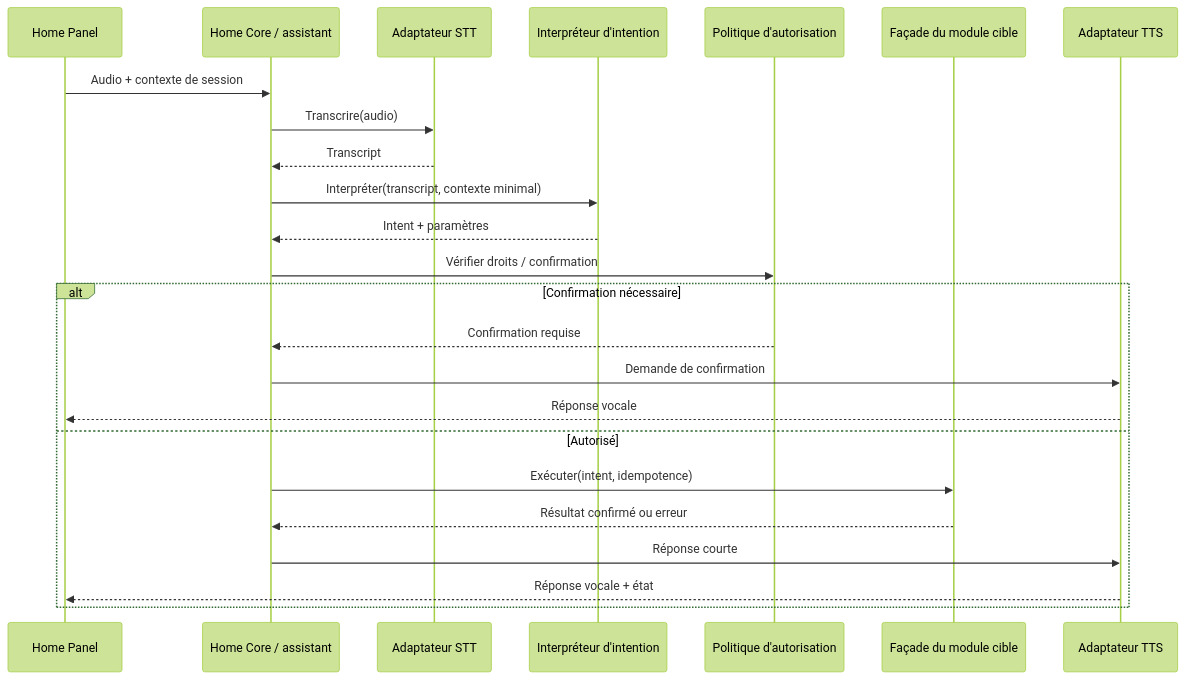
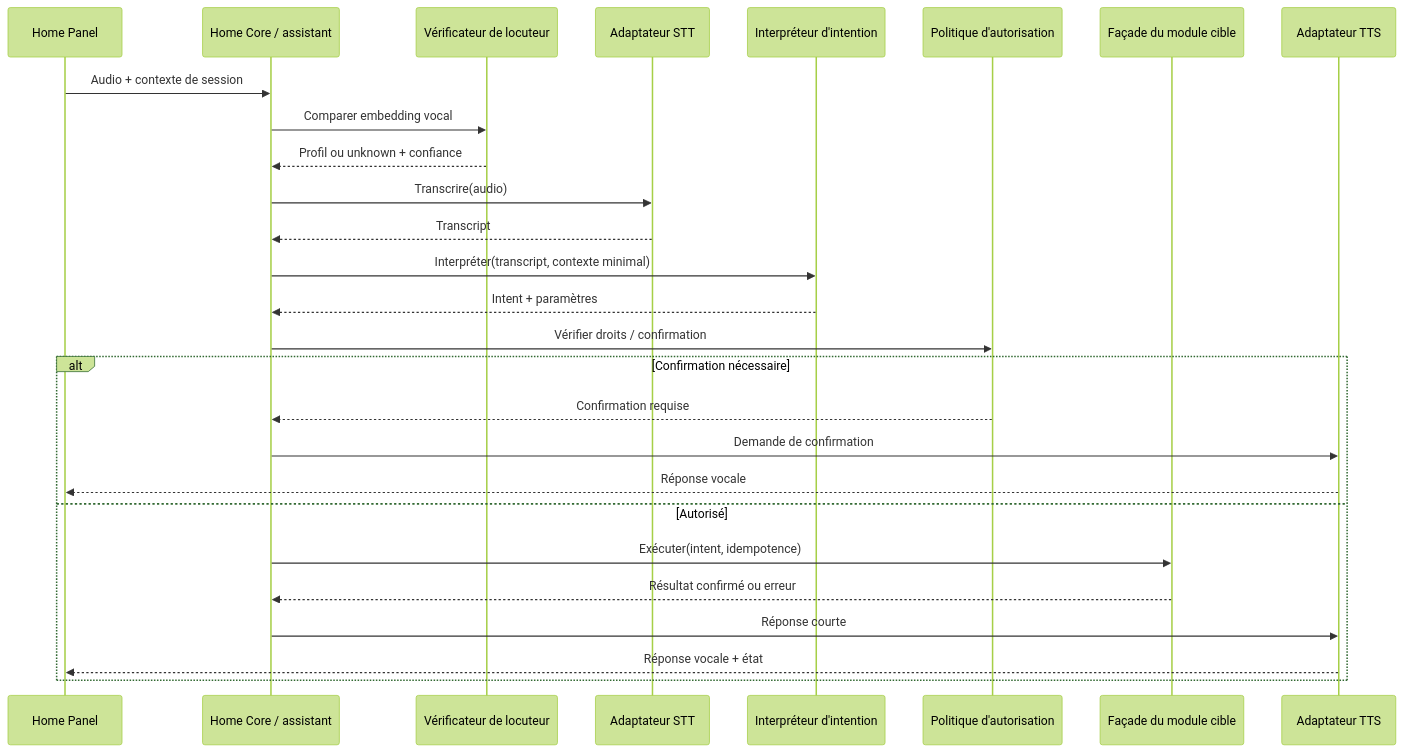
The diagram in poles/technique/home-core/diagrammes/sequence-assistant-vocal-outil.mmd (clementortiz134595/HOME-AI), drawn with Mermaid (forest theme) before and after one commit. The commit also changed 3 other files, not shown here.

```diff
--- a/poles/technique/home-core/diagrammes/sequence-assistant-vocal-outil.mmd
+++ b/poles/technique/home-core/diagrammes/sequence-assistant-vocal-outil.mmd
@@ -1,25 +1,28 @@
 sequenceDiagram
     participant Panel as Home Panel
     participant Core as Home Core / assistant
+    participant Speaker as Vérificateur de locuteur
     participant STT as Adaptateur STT
     participant IA as Interpréteur d'intention
     participant Policy as Politique d'autorisation
     participant Tool as Façade du module cible
     participant TTS as Adaptateur TTS
 
     Panel->>Core: Audio + contexte de session
+    Core->>Speaker: Comparer embedding vocal
+    Speaker-->>Core: Profil ou unknown + confiance
     Core->>STT: Transcrire(audio)
     STT-->>Core: Transcript
     Core->>IA: Interpréter(transcript, contexte minimal)
     IA-->>Core: Intent + paramètres
     Core->>Policy: Vérifier droits / confirmation
     alt Confirmation nécessaire
         Policy-->>Core: Confirmation requise
         Core->>TTS: Demande de confirmation
         TTS-->>Panel: Réponse vocale
     else Autorisé
         Core->>Tool: Exécuter(intent, idempotence)
         Tool-->>Core: Résultat confirmé ou erreur
         Core->>TTS: Réponse courte
         TTS-->>Panel: Réponse vocale + état
     end
```
